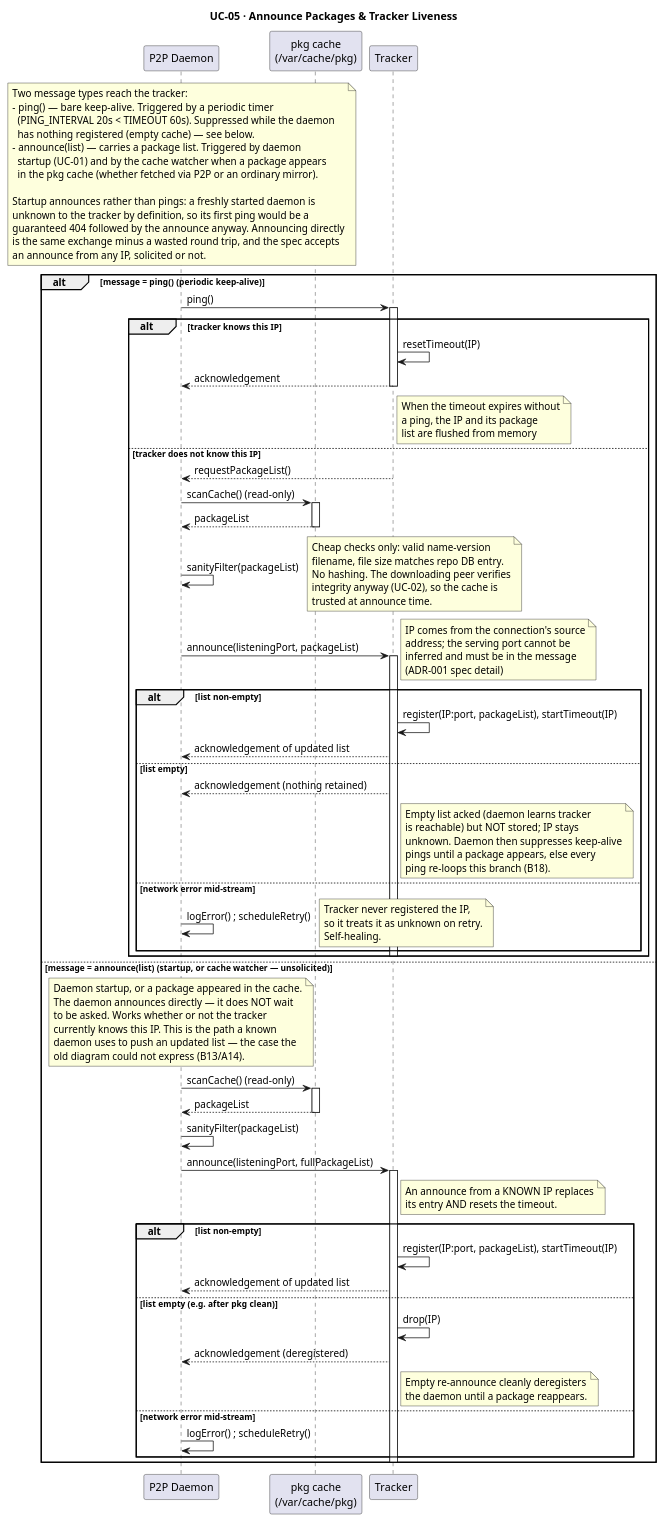
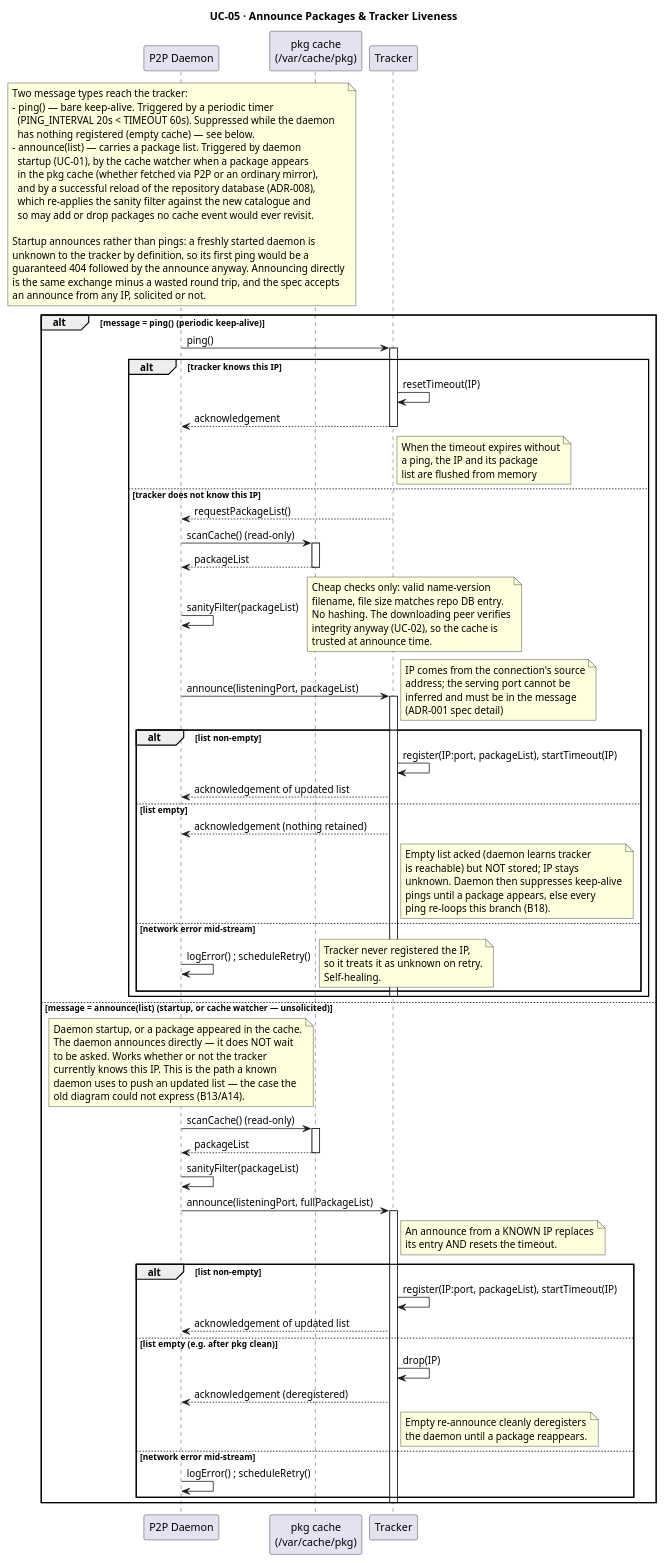
One commit to ndrew222/p2p-pkg-daemon changed the diagram in docs/uc-05.puml. Above: the diagram before and after it, drawn with PlantUML. The commit also changed 9 other files, not shown here.

```diff
--- a/docs/uc-05.puml
+++ b/docs/uc-05.puml
@@ -1,75 +1,75 @@
 @startuml
 title UC-05 · Announce Packages & Tracker Liveness
 
 participant "P2P Daemon" as Daemon
 participant "pkg cache\n(/var/cache/pkg)" as Cache
 participant Tracker
 
-note over Daemon : Two message types reach the tracker:\n- ping()  — bare keep-alive. Triggered by a periodic timer\n  (PING_INTERVAL 20s < TIMEOUT 60s). Suppressed while the daemon\n  has nothing registered (empty cache) — see below.\n- announce(list) — carries a package list. Triggered by daemon\n  startup (UC-01) and by the cache watcher when a package appears\n  in the pkg cache (whether fetched via P2P or an ordinary mirror).\n\nStartup announces rather than pings: a freshly started daemon is\nunknown to the tracker by definition, so its first ping would be a\nguaranteed 404 followed by the announce anyway. Announcing directly\nis the same exchange minus a wasted round trip, and the spec accepts\nan announce from any IP, solicited or not.
+note over Daemon : Two message types reach the tracker:\n- ping()  — bare keep-alive. Triggered by a periodic timer\n  (PING_INTERVAL 20s < TIMEOUT 60s). Suppressed while the daemon\n  has nothing registered (empty cache) — see below.\n- announce(list) — carries a package list. Triggered by daemon\n  startup (UC-01), by the cache watcher when a package appears\n  in the pkg cache (whether fetched via P2P or an ordinary mirror),\n  and by a successful reload of the repository database (ADR-008),\n  which re-applies the sanity filter against the new catalogue and\n  so may add or drop packages no cache event would ever revisit.\n\nStartup announces rather than pings: a freshly started daemon is\nunknown to the tracker by definition, so its first ping would be a\nguaranteed 404 followed by the announce anyway. Announcing directly\nis the same exchange minus a wasted round trip, and the spec accepts\nan announce from any IP, solicited or not.
 
 alt message = ping()  (periodic keep-alive)
 
     Daemon -> Tracker : ping()
     activate Tracker
 
     alt tracker knows this IP
         Tracker -> Tracker : resetTimeout(IP)
         Tracker --> Daemon : acknowledgement
         note right of Tracker : When the timeout expires without\na ping, the IP and its package\nlist are flushed from memory
         deactivate Tracker
 
     else tracker does not know this IP
         Tracker --> Daemon : requestPackageList()
         deactivate Tracker
 
         Daemon -> Cache : scanCache() (read-only)
         activate Cache
         Cache --> Daemon : packageList
         deactivate Cache
 
         Daemon -> Daemon : sanityFilter(packageList)
         note right : Cheap checks only: valid name-version\nfilename, file size matches repo DB entry.\nNo hashing. The downloading peer verifies\nintegrity anyway (UC-02), so the cache is\ntrusted at announce time.
 
         Daemon -> Tracker : announce(listeningPort, packageList)
         note right : IP comes from the connection's source\naddress; the serving port cannot be\ninferred and must be in the message\n(ADR-001 spec detail)
         activate Tracker
         alt list non-empty
             Tracker -> Tracker : register(IP:port, packageList), startTimeout(IP)
             Tracker --> Daemon : acknowledgement of updated list
         else list empty
             Tracker --> Daemon : acknowledgement (nothing retained)
             note right of Tracker : Empty list acked (daemon learns tracker\nis reachable) but NOT stored; IP stays\nunknown. Daemon then suppresses keep-alive\npings until a package appears, else every\nping re-loops this branch (B18).
         else network error mid-stream
             Daemon -> Daemon : logError() ; scheduleRetry()
             note right : Tracker never registered the IP,\nso it treats it as unknown on retry.\nSelf-healing.
         end
         deactivate Tracker
     end
 
 else message = announce(list)  (startup, or cache watcher — unsolicited)
 
     note over Daemon : Daemon startup, or a package appeared in the cache.\nThe daemon announces directly — it does NOT wait\nto be asked. Works whether or not the tracker\ncurrently knows this IP. This is the path a known\ndaemon uses to push an updated list — the case the\nold diagram could not express (B13/A14).
 
     Daemon -> Cache : scanCache() (read-only)
     activate Cache
     Cache --> Daemon : packageList
     deactivate Cache
     Daemon -> Daemon : sanityFilter(packageList)
 
     Daemon -> Tracker : announce(listeningPort, fullPackageList)
     activate Tracker
     note right of Tracker : An announce from a KNOWN IP replaces\nits entry AND resets the timeout.
 
     alt list non-empty
         Tracker -> Tracker : register(IP:port, packageList), startTimeout(IP)
         Tracker --> Daemon : acknowledgement of updated list
     else list empty  (e.g. after pkg clean)
         Tracker -> Tracker : drop(IP)
         Tracker --> Daemon : acknowledgement (deregistered)
         note right of Tracker : Empty re-announce cleanly deregisters\nthe daemon until a package reappears.
     else network error mid-stream
         Daemon -> Daemon : logError() ; scheduleRetry()
     end
     deactivate Tracker
 end
 @enduml
```
